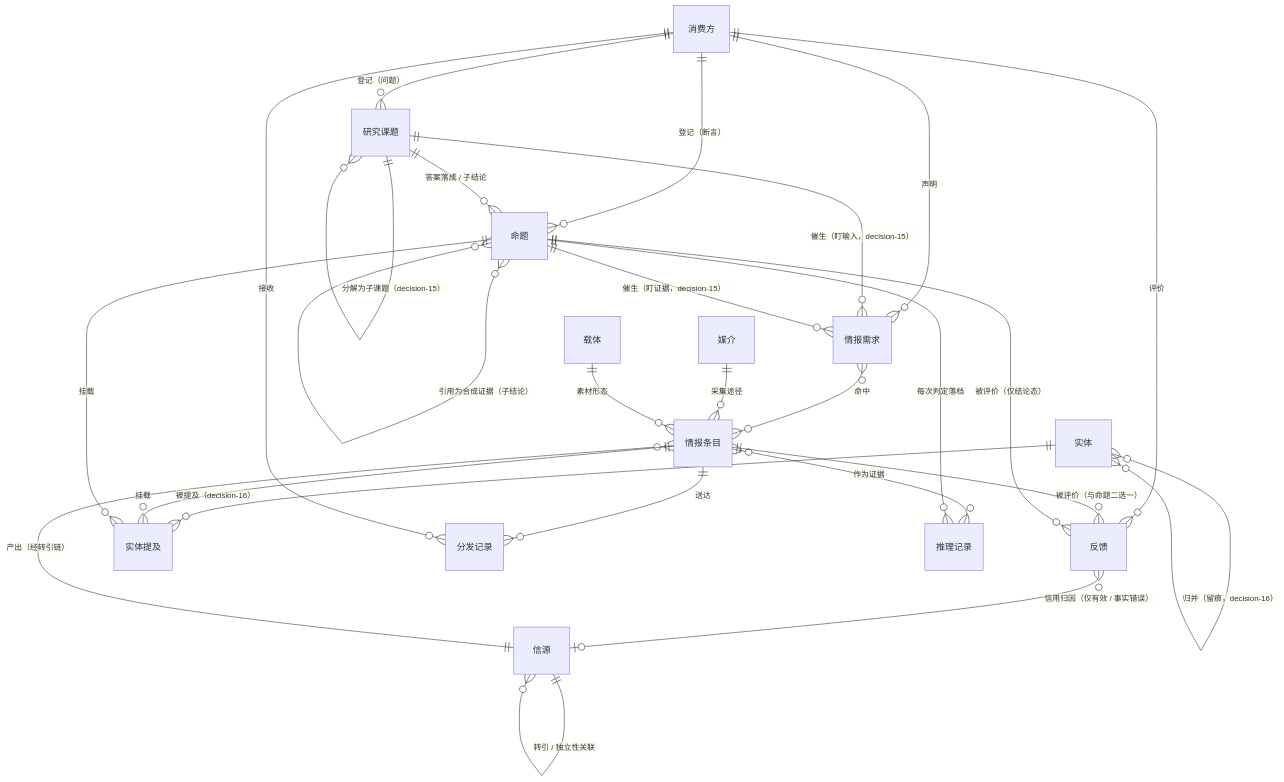
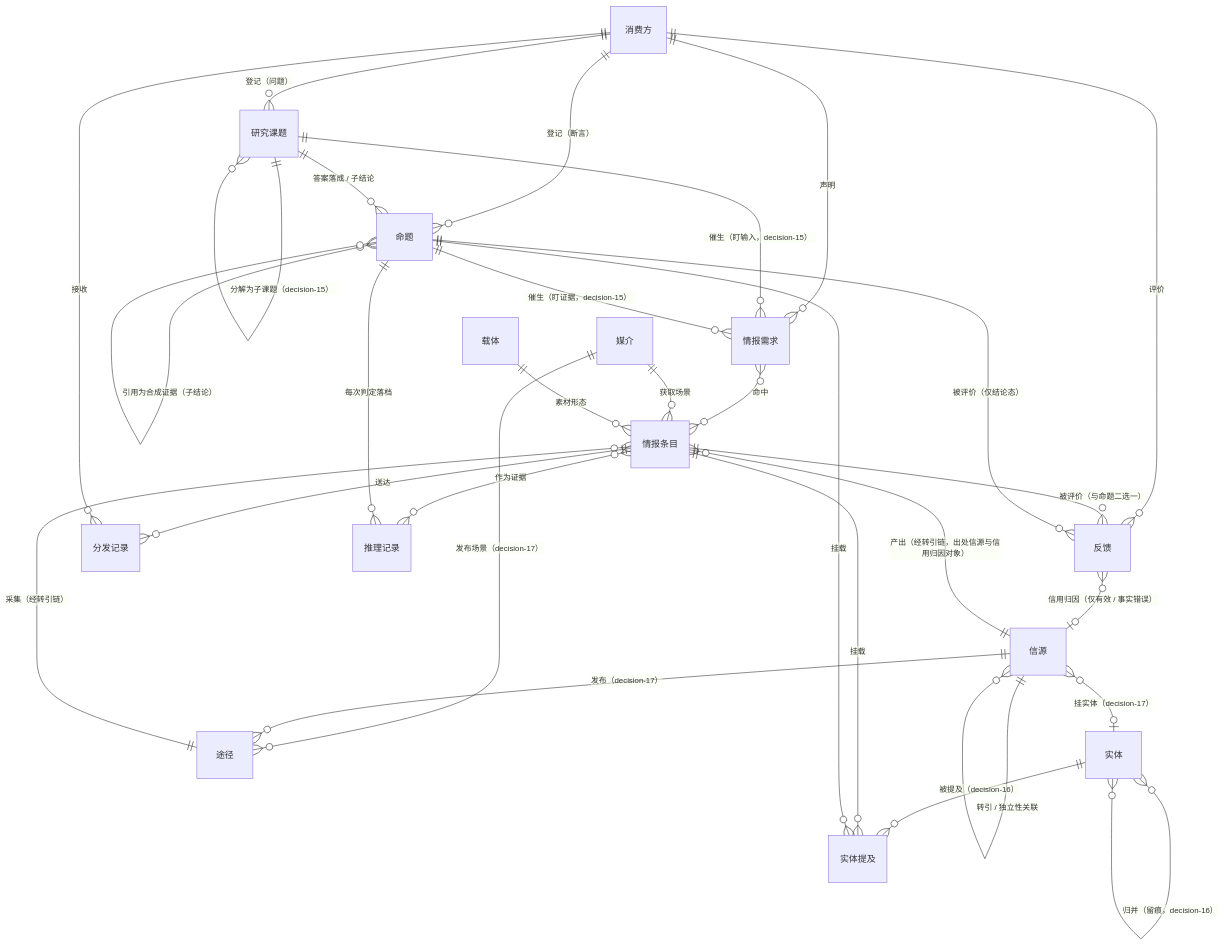
The third of 7 diagrams in backlog/docs/doc-02 - 领域模型-Domain-Model.md (leoricmaster/iih), drawn with Mermaid before and after one commit. The commit also changed other lines of this file and 6 other files, not shown here.

````diff
--- a/backlog/docs/doc-02 - 领域模型-Domain-Model.md
+++ b/backlog/docs/doc-02 - 领域模型-Domain-Model.md
@@ -68,28 +68,32 @@
 ```mermaid
 erDiagram
     消费方 ||--o{ 情报需求 : "声明"
     消费方 ||--o{ 反馈 : "评价"
     消费方 ||--o{ 研究课题 : "登记（问题）"
     消费方 ||--o{ 命题 : "登记（断言）"
     研究课题 ||--o{ 命题 : "答案落成 / 子结论"
     研究课题 ||--o{ 情报需求 : "催生（盯输入，decision-15）"
     命题 ||--o{ 情报需求 : "催生（盯证据，decision-15）"
     研究课题 ||--o{ 研究课题 : "分解为子课题（decision-15）"
     命题 }o--o{ 命题 : "引用为合成证据（子结论）"
     情报需求 }o--o{ 情报条目 : "命中"
-    媒介 ||--o{ 情报条目 : "采集途径"
+    媒介 ||--o{ 途径 : "发布场景（decision-17）"
+    媒介 ||--o{ 情报条目 : "获取场景"
     载体 ||--o{ 情报条目 : "素材形态"
-    信源 ||--o{ 情报条目 : "产出（经转引链）"
+    信源 ||--o{ 途径 : "发布（decision-17）"
+    途径 ||--o{ 情报条目 : "采集（经转引链）"
+    信源 ||--o{ 情报条目 : "产出（经转引链，出处信源与信用归因对象）"
     信源 ||--o{ 信源 : "转引 / 独立性关联"
+    信源 }o--o| 实体 : "挂实体（decision-17）"
     实体 ||--o{ 实体提及 : "被提及（decision-16）"
     情报条目 ||--o{ 实体提及 : "挂载"
     命题 ||--o{ 实体提及 : "挂载"
     实体 }o--o{ 实体 : "归并（留痕，decision-16）"
     情报条目 ||--o{ 分发记录 : "送达"
     消费方 ||--o{ 分发记录 : "接收"
     情报条目 }o--o{ 推理记录 : "作为证据"
     命题 ||--o{ 推理记录 : "每次判定落档"
     情报条目 ||--o{ 反馈 : "被评价（与命题二选一）"
     命题 ||--o{ 反馈 : "被评价（仅结论态）"
     反馈 }o--o| 信源 : "信用归因（仅有效 / 事实错误）"
 ```
````
